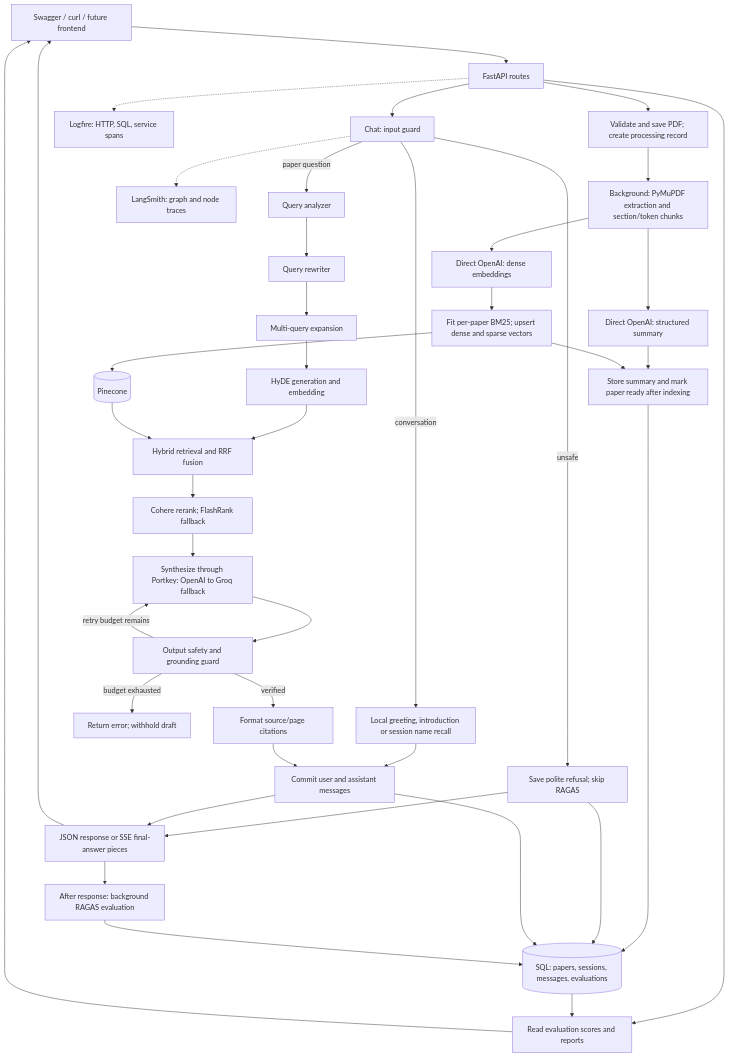
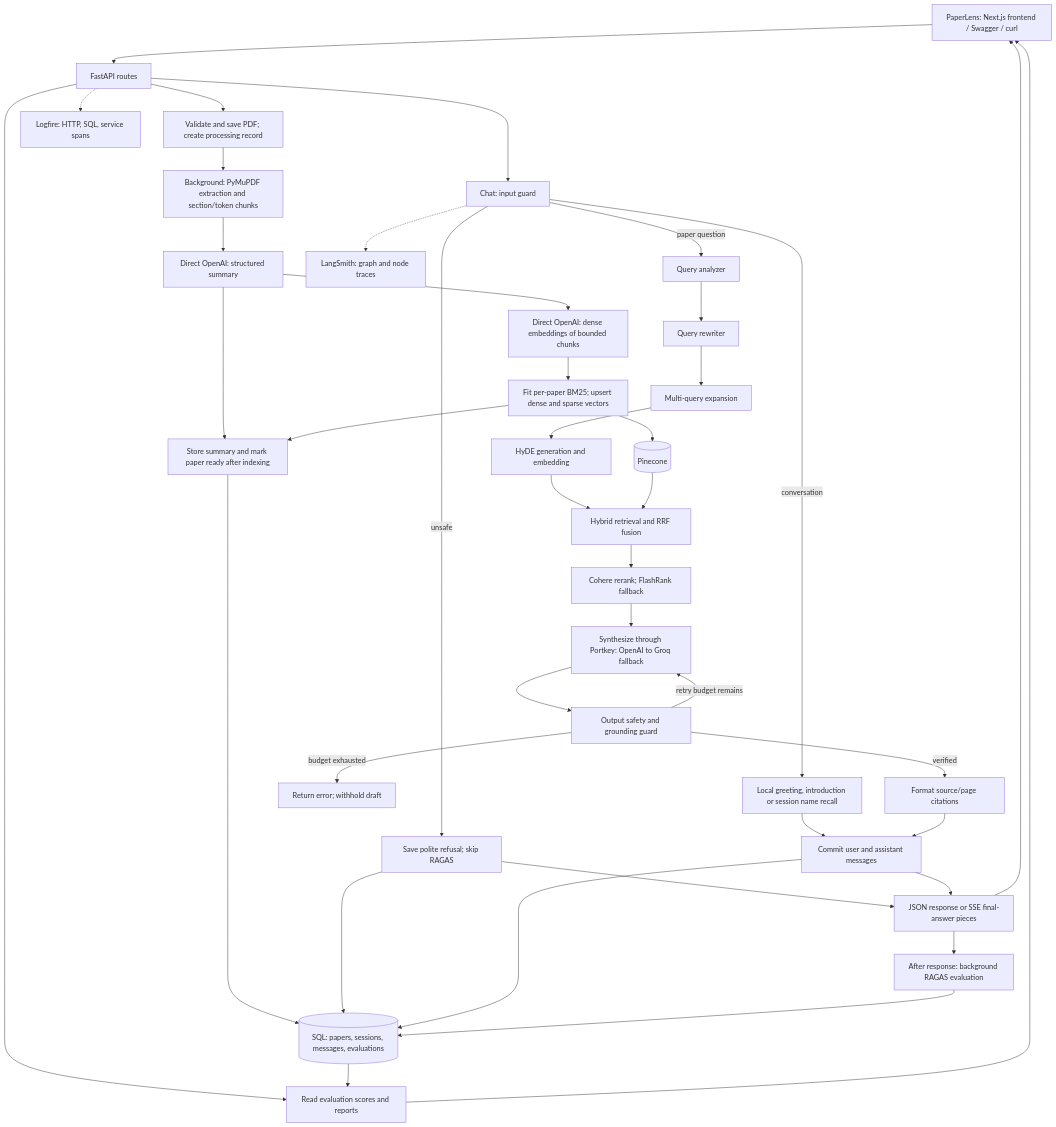
The diagram in README.md (Husniahmed10/Research-Assistant-for-PDFs), drawn with Mermaid before and after one commit. The commit also changed other lines of this file and 59 other files, not shown here.

Commit message:
Add PaperLens frontend, processing fixes, and submission guide

````diff
--- a/README.md
+++ b/README.md
@@ -188,43 +397,43 @@
 ```mermaid
 flowchart TD
-    Client["Swagger / curl / future frontend"] --> API["FastAPI routes"]
+    Client["PaperLens: Next.js frontend / Swagger / curl"] --> API["FastAPI routes"]
     API --> Upload["Validate and save PDF; create processing record"]
     Upload --> Parse["Background: PyMuPDF extraction and section/token chunks"]
     Parse --> Summary["Direct OpenAI: structured summary"]
-    Parse --> Embed["Direct OpenAI: dense embeddings"]
+    Summary --> Embed["Direct OpenAI: dense embeddings of bounded chunks"]
     Embed --> Index["Fit per-paper BM25; upsert dense and sparse vectors"]
     Index --> Pinecone[("Pinecone")]
     Summary --> Ready["Store summary and mark paper ready after indexing"]
     Index --> Ready
     Ready --> DB[("SQL: papers, sessions, messages, evaluations")]
 
     API --> Input["Chat: input guard"]
     Input -->|unsafe| Refusal["Save polite refusal; skip RAGAS"]
     Refusal --> DB
     Refusal --> Reply
     Input -->|conversation| Recall["Local greeting, introduction or session name recall"]
     Recall --> Save
     Input -->|paper question| Analyze["Query analyzer"]
     Analyze --> Rewrite["Query rewriter"]
     Rewrite --> Multi["Multi-query expansion"]
     Multi --> HyDE["HyDE generation and embedding"]
     HyDE --> Retrieve["Hybrid retrieval and RRF fusion"]
     Pinecone --> Retrieve
     Retrieve --> Rerank["Cohere rerank; FlashRank fallback"]
     Rerank --> Synth["Synthesize through Portkey: OpenAI to Groq fallback"]
     Synth --> Output["Output safety and grounding guard"]
     Output -->|retry budget remains| Synth
     Output -->|verified| Cite["Format source/page citations"]
     Output -->|budget exhausted| Error["Return error; withhold draft"]
     Cite --> Save["Commit user and assistant messages"]
     Save --> DB
     Save --> Reply["JSON response or SSE final-answer pieces"]
     Reply --> Client
     Reply --> Eval["After response: background RAGAS evaluation"]
     Eval --> DB
     API --> Reports["Read evaluation scores and reports"]
     DB --> Reports
     Reports --> Client
     API -.-> Logfire["Logfire: HTTP, SQL, service spans"]
     Input -.-> LangSmith["LangSmith: graph and node traces"]
 ```
````
